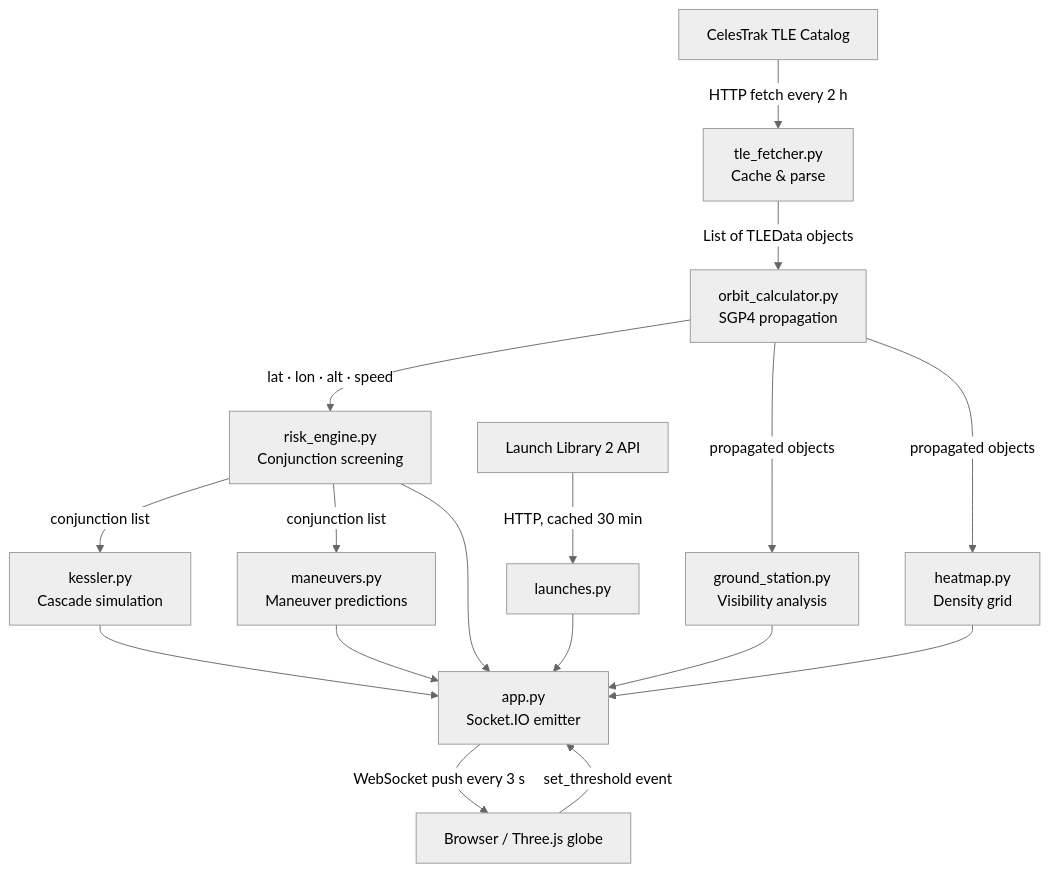
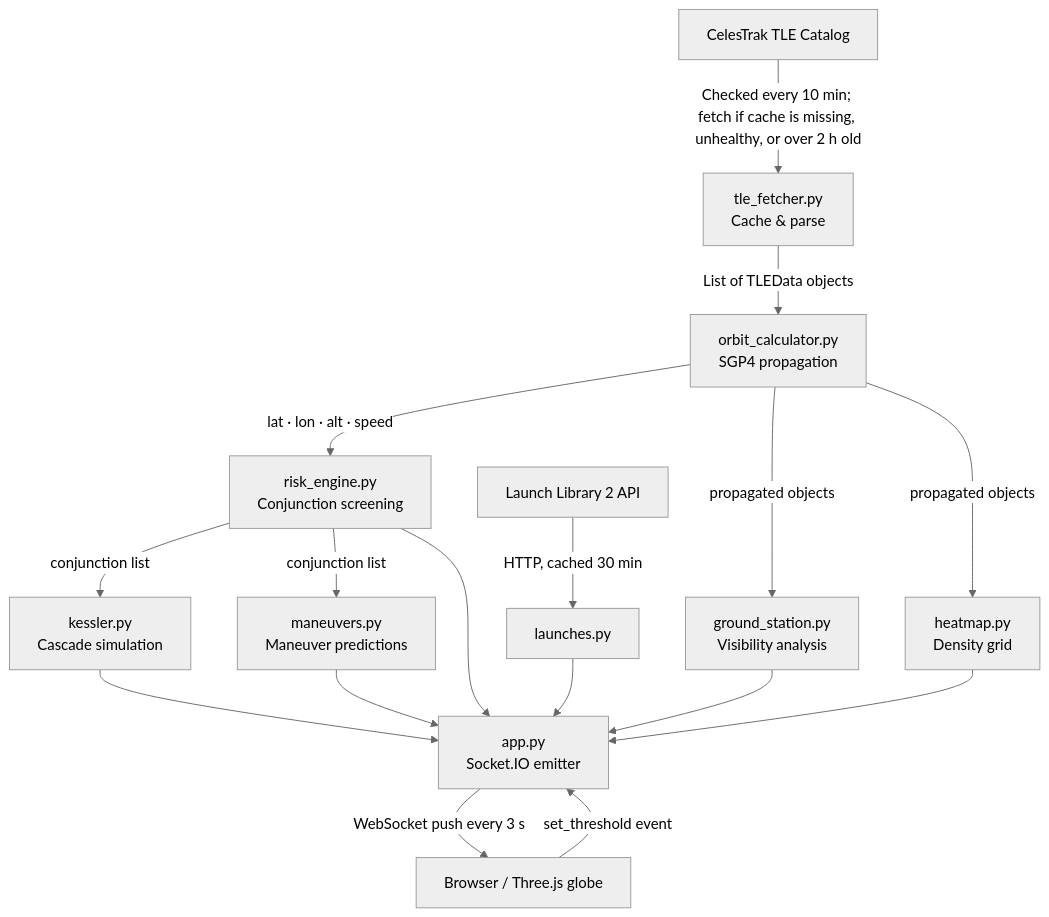
The diagram in docs/how-it-works.md (Bhagyaabbigeri/SpaceRisk-Radar), drawn with Mermaid (neutral theme) before and after one commit. The commit also changed other lines of this file and 11 other files, not shown here.

````diff
--- a/docs/how-it-works.md
+++ b/docs/how-it-works.md
@@ -7,19 +7,19 @@
 ```mermaid
 graph TD
-    A[CelesTrak TLE Catalog] -->|HTTP fetch every 2 h| B[tle_fetcher.py\nCache & parse]
-    B -->|List of TLEData objects| C[orbit_calculator.py\nSGP4 propagation]
-    C -->|lat · lon · alt · speed| D[risk_engine.py\nConjunction screening]
-    C -->|propagated objects| E[ground_station.py\nVisibility analysis]
-    C -->|propagated objects| F[heatmap.py\nDensity grid]
-    D -->|conjunction list| G[kessler.py\nCascade simulation]
-    D -->|conjunction list| H[maneuvers.py\nManeuver predictions]
-    D --> I[app.py\nSocket.IO emitter]
+    A[CelesTrak TLE Catalog] -->|Checked every 10 min; fetch if cache is missing, unhealthy, or over 2 h old| B[tle_fetcher.py<br/>Cache & parse]
+    B -->|List of TLEData objects| C[orbit_calculator.py<br/>SGP4 propagation]
+    C -->|lat · lon · alt · speed| D[risk_engine.py<br/>Conjunction screening]
+    C -->|propagated objects| E[ground_station.py<br/>Visibility analysis]
+    C -->|propagated objects| F[heatmap.py<br/>Density grid]
+    D -->|conjunction list| G[kessler.py<br/>Cascade simulation]
+    D -->|conjunction list| H[maneuvers.py<br/>Maneuver predictions]
+    D --> I[app.py<br/>Socket.IO emitter]
     E --> I
     F --> I
     G --> I
     H --> I
     I -->|WebSocket push every 3 s| J[Browser / Three.js globe]
     J -->|set_threshold event| I
     K[Launch Library 2 API] -->|HTTP, cached 30 min| L[launches.py]
     L --> I
 ```
````
